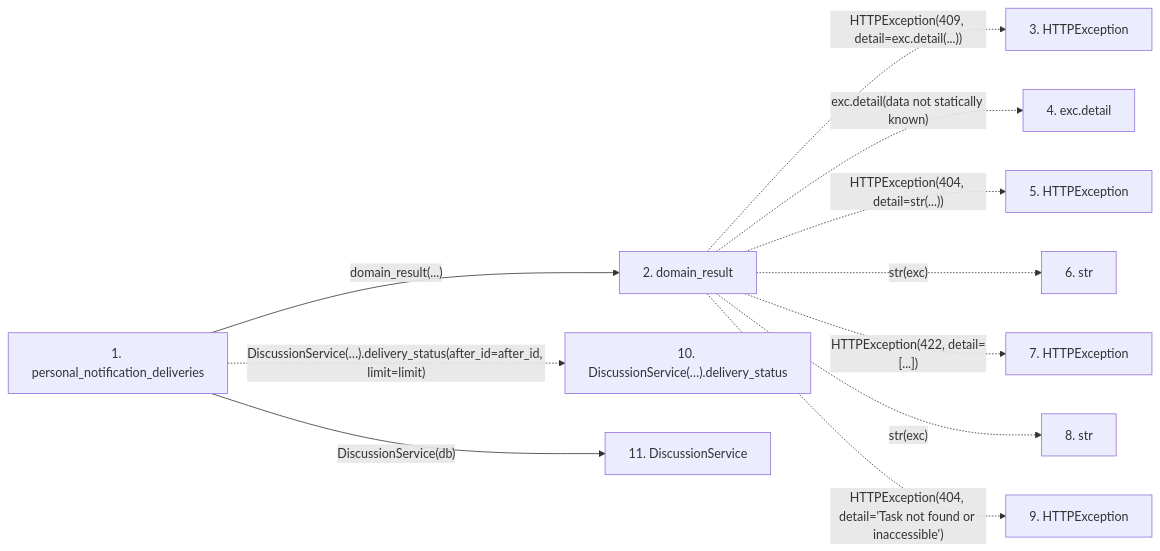
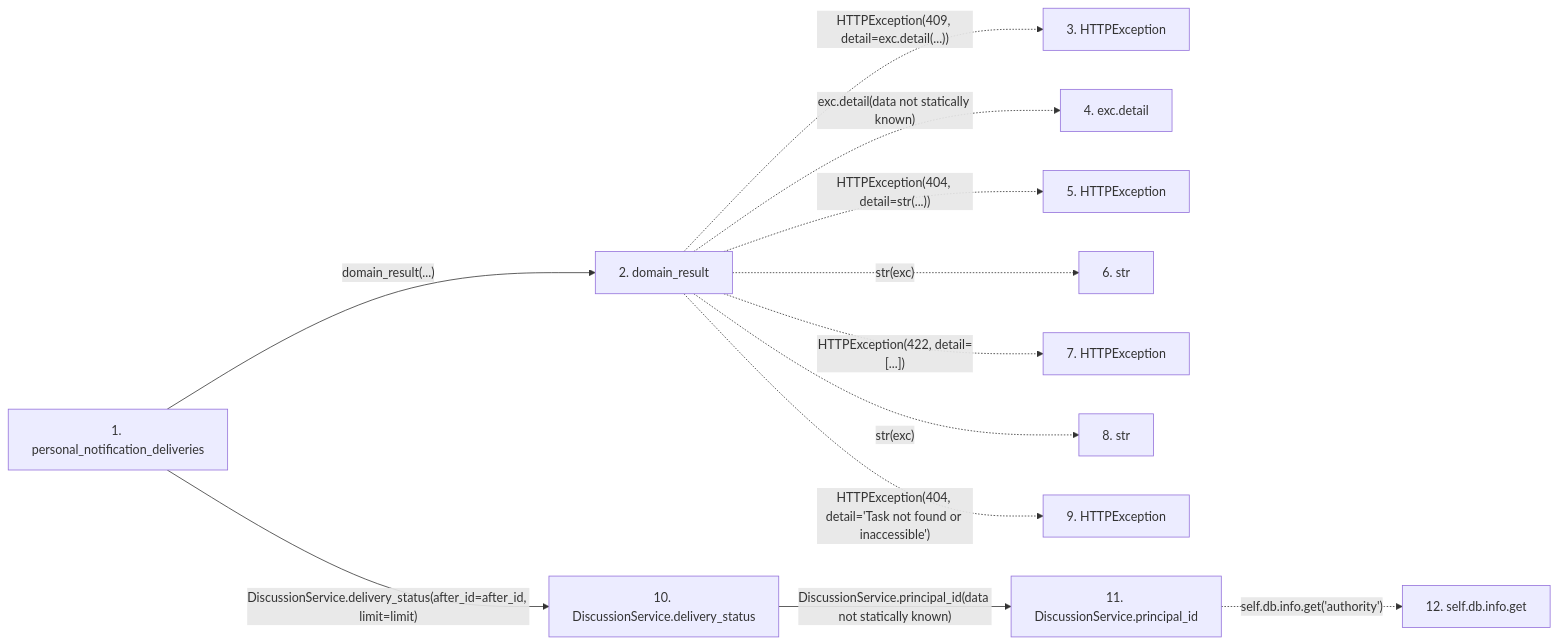
Before and after one commit to Denissvgn/WorkChord: the second of 2 diagrams in docs/llm_wiki/flows/http-personal_notification_deliveries.md, drawn with Mermaid. The commit also changed other lines of this file and 25171 other files, not shown here.

````diff
--- a/docs/llm_wiki/flows/http-personal_notification_deliveries.md
+++ b/docs/llm_wiki/flows/http-personal_notification_deliveries.md
@@ -34,27 +97,30 @@
 ```mermaid
 flowchart LR
     s1["1. personal_notification_deliveries"]
     s2["2. domain_result"]
     s3["3. HTTPException"]
     s4["4. exc.detail"]
     s5["5. HTTPException"]
     s6["6. str"]
     s7["7. HTTPException"]
     s8["8. str"]
     s9["9. HTTPException"]
-    s10["10. DiscussionService(…).delivery_status"]
-    s11["11. DiscussionService"]
+    s10["10. DiscussionService.delivery_status"]
+    s11["11. DiscussionService.principal_id"]
+    s12["12. self.db.info.get"]
     s1 -->|"domain_result(...)"| s2
     s2 -. "HTTPException(409, detail=exc.detail(...))" .-> s3
     s2 -. "exc.detail(data not statically known)" .-> s4
     s2 -. "HTTPException(404, detail=str(...))" .-> s5
     s2 -. "str(exc)" .-> s6
     s2 -. "HTTPException(422, detail=[...])" .-> s7
     s2 -. "str(exc)" .-> s8
     s2 -. "HTTPException(404, detail='Task not found or inaccessible')" .-> s9
-    s1 -. "DiscussionService(…).delivery_status(after_id=after_id, limit=limit)" .-> s10
-    s1 -->|"DiscussionService(db)"| s11
+    s1 -->|"DiscussionService.delivery_status(after_id=after_id, limit=limit)"| s10
+    s10 -->|"DiscussionService.principal_id(data not statically known)"| s11
+    s11 -. "self.db.info.get('authority')" .-> s12
     click s1 "../modules/routers_discussion.md"
     click s2 "../modules/routers_task_domain.md"
+    click s10 "../modules/discussion_service.md"
     click s11 "../modules/discussion_service.md"
 ```
````
